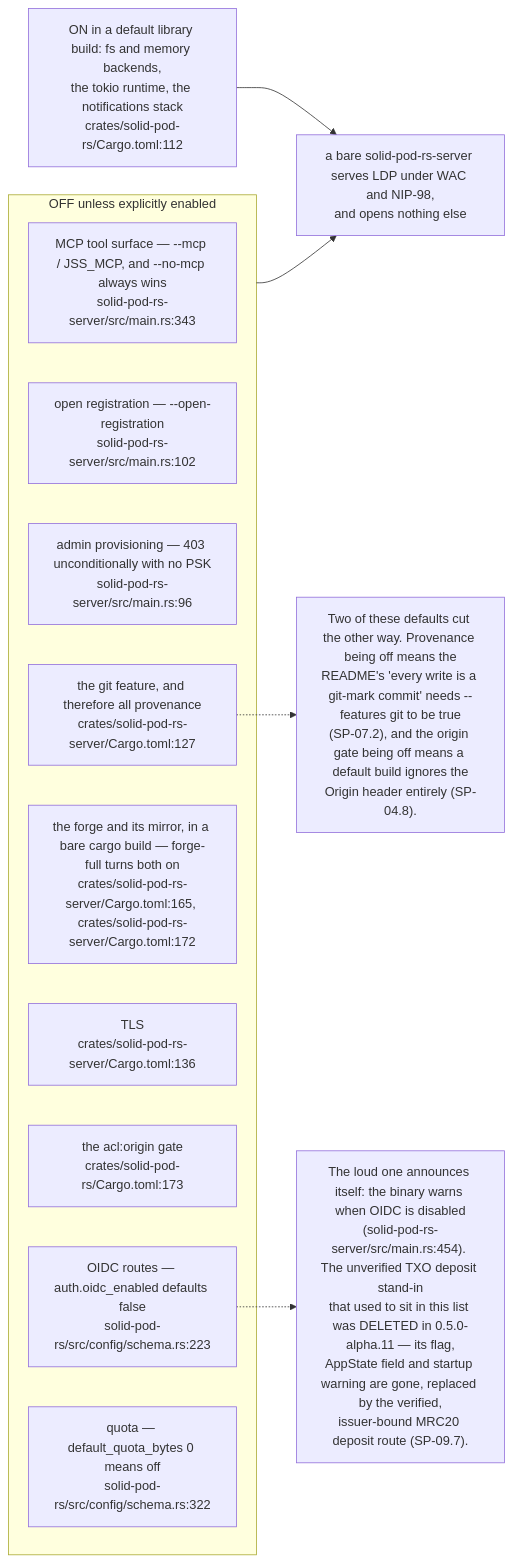
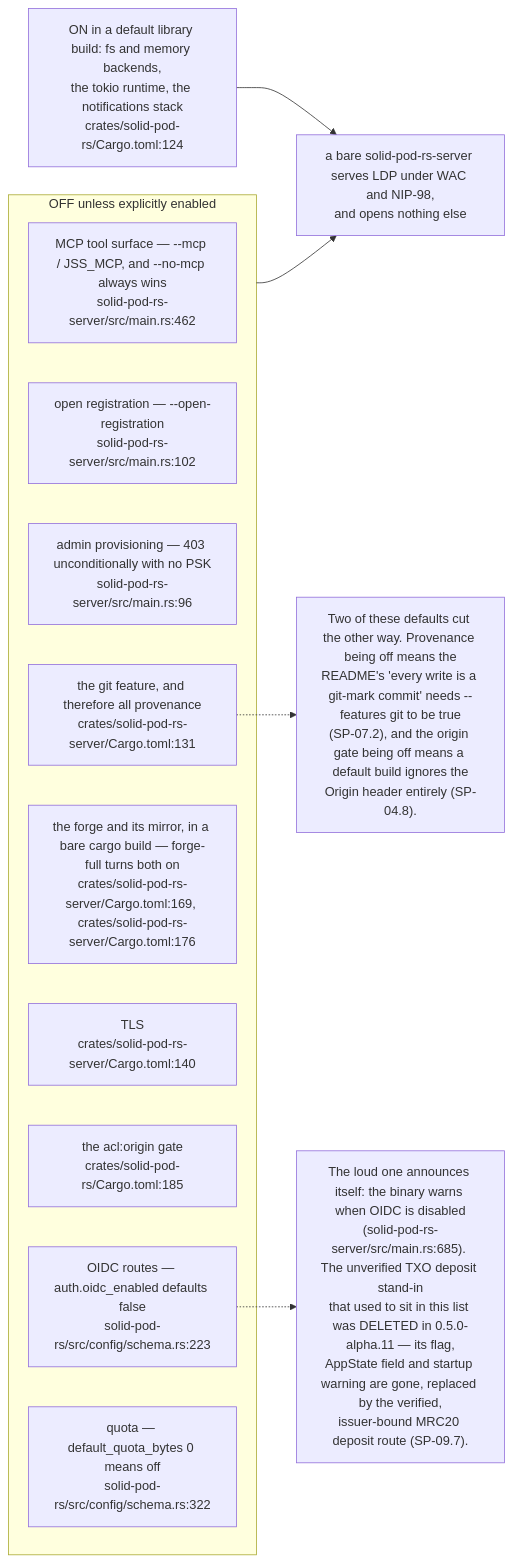
One commit to DreamLab-AI/VisionFlow changed the fifth of 13 diagrams in docs/diagrams/solid-pod-rs/10-failure-modes-and-invariants.md. Above: the diagram before and after it, drawn with Mermaid. The commit also changed other lines of this file and 2 other files, not shown here.

First line of the commit message:
docs(diagrams): SP-07, SP-10, SP-15 re-verified at solid-pod-rs a28a748

````diff
--- a/docs/diagrams/solid-pod-rs/10-failure-modes-and-invariants.md
+++ b/docs/diagrams/solid-pod-rs/10-failure-modes-and-invariants.md
@@ -167,23 +174,23 @@
 ```mermaid
 flowchart LR
     subgraph OFF["OFF unless explicitly enabled"]
-        MCP["MCP tool surface — --mcp / JSS_MCP, and --no-mcp always wins<br/>solid-pod-rs-server/src/main.rs:343"]
+        MCP["MCP tool surface — --mcp / JSS_MCP, and --no-mcp always wins<br/>solid-pod-rs-server/src/main.rs:462"]
         REG["open registration — --open-registration<br/>solid-pod-rs-server/src/main.rs:102"]
         ADM["admin provisioning — 403 unconditionally with no PSK<br/>solid-pod-rs-server/src/main.rs:96"]
-        GIT["the git feature, and therefore all provenance<br/>crates/solid-pod-rs-server/Cargo.toml:127"]
-        FORGE["the forge and its mirror, in a bare cargo build — forge-full turns both on<br/>crates/solid-pod-rs-server/Cargo.toml:165, crates/solid-pod-rs-server/Cargo.toml:172"]
-        TLS["TLS<br/>crates/solid-pod-rs-server/Cargo.toml:136"]
-        ORG["the acl:origin gate<br/>crates/solid-pod-rs/Cargo.toml:173"]
+        GIT["the git feature, and therefore all provenance<br/>crates/solid-pod-rs-server/Cargo.toml:131"]
+        FORGE["the forge and its mirror, in a bare cargo build — forge-full turns both on<br/>crates/solid-pod-rs-server/Cargo.toml:169, crates/solid-pod-rs-server/Cargo.toml:176"]
+        TLS["TLS<br/>crates/solid-pod-rs-server/Cargo.toml:140"]
+        ORG["the acl:origin gate<br/>crates/solid-pod-rs/Cargo.toml:185"]
         OIDC["OIDC routes — auth.oidc_enabled defaults false<br/>solid-pod-rs/src/config/schema.rs:223"]
         QUOTA["quota — default_quota_bytes 0 means off<br/>solid-pod-rs/src/config/schema.rs:322"]
     end
-    ON["ON in a default library build: fs and memory backends,<br/>the tokio runtime, the notifications stack<br/>crates/solid-pod-rs/Cargo.toml:112"]
+    ON["ON in a default library build: fs and memory backends,<br/>the tokio runtime, the notifications stack<br/>crates/solid-pod-rs/Cargo.toml:124"]
 
     OFF --> POSTURE["a bare solid-pod-rs-server serves LDP under WAC and NIP-98,<br/>and opens nothing else"]
     ON --> POSTURE
 
     N["Two of these defaults cut the other way. Provenance being off means the<br/>README's 'every write is a git-mark commit' needs --features git to be true<br/>(SP-07.2), and the origin gate being off means a default build ignores the<br/>Origin header entirely (SP-04.8)."]
     GIT -.-> N
-    N2["The loud one announces itself: the binary warns when OIDC is disabled<br/>(solid-pod-rs-server/src/main.rs:454). The unverified TXO deposit stand-in<br/>that used to sit in this list was DELETED in 0.5.0-alpha.11 — its flag,<br/>AppState field and startup warning are gone, replaced by the verified,<br/>issuer-bound MRC20 deposit route (SP-09.7)."]
+    N2["The loud one announces itself: the binary warns when OIDC is disabled<br/>(solid-pod-rs-server/src/main.rs:685). The unverified TXO deposit stand-in<br/>that used to sit in this list was DELETED in 0.5.0-alpha.11 — its flag,<br/>AppState field and startup warning are gone, replaced by the verified,<br/>issuer-bound MRC20 deposit route (SP-09.7)."]
     OIDC -.-> N2
 ```
````
